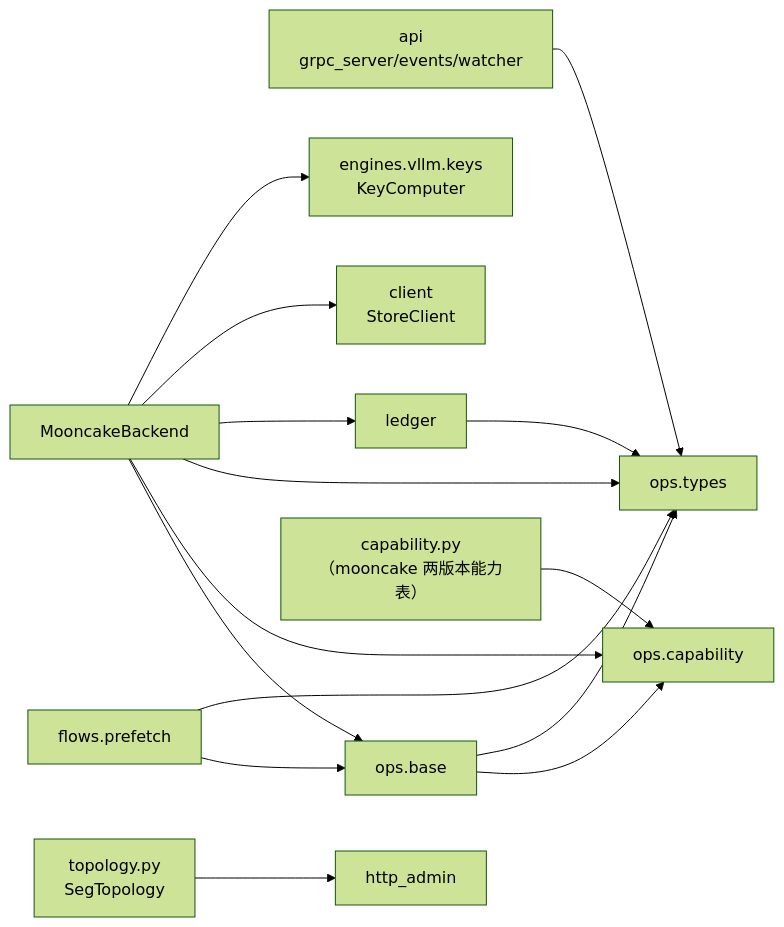
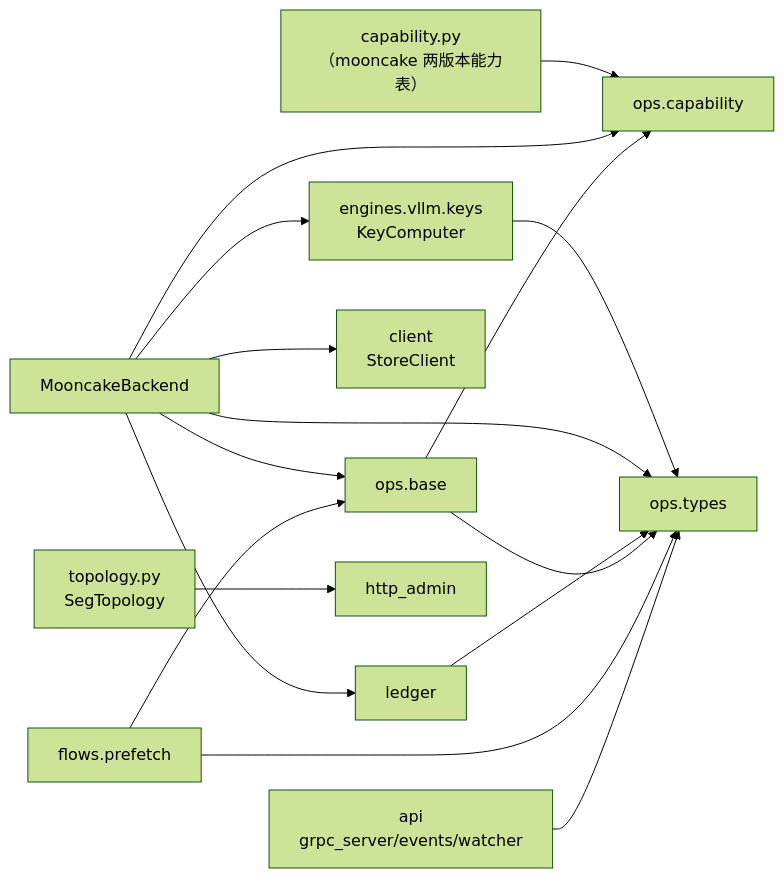
Before and after one commit to 5x8-40/lake: the second of 7 diagrams in kvcm/design/code-architecture.md, drawn with Mermaid (forest theme). The commit also changed other lines of this file and 10 other files, not shown here.

````diff
--- a/kvcm/design/code-architecture.md
+++ b/kvcm/design/code-architecture.md
@@ -91,17 +91,18 @@
 ```mermaid
 flowchart LR
   Api["api<br/>grpc_server/events/watcher"] --> Types
   Flow["flows.prefetch"] --> Base["ops.base"]
   Flow --> Types["ops.types"]
   Base --> OCap["ops.capability"]
   Base --> Types
   Led["ledger"] --> Types
   BE["MooncakeBackend"] --> Base
   BE --> OCap
   BE --> Types
   BE --> Led
   BE --> SC["client<br/>StoreClient"]
   BE --> KC["engines.vllm.keys<br/>KeyComputer"]
+  KC --> Types
   McCap["capability.py<br/>（mooncake 两版本能力表）"] --> OCap
   Seg["topology.py<br/>SegTopology"] --> Http["http_admin"]
 ```
````
